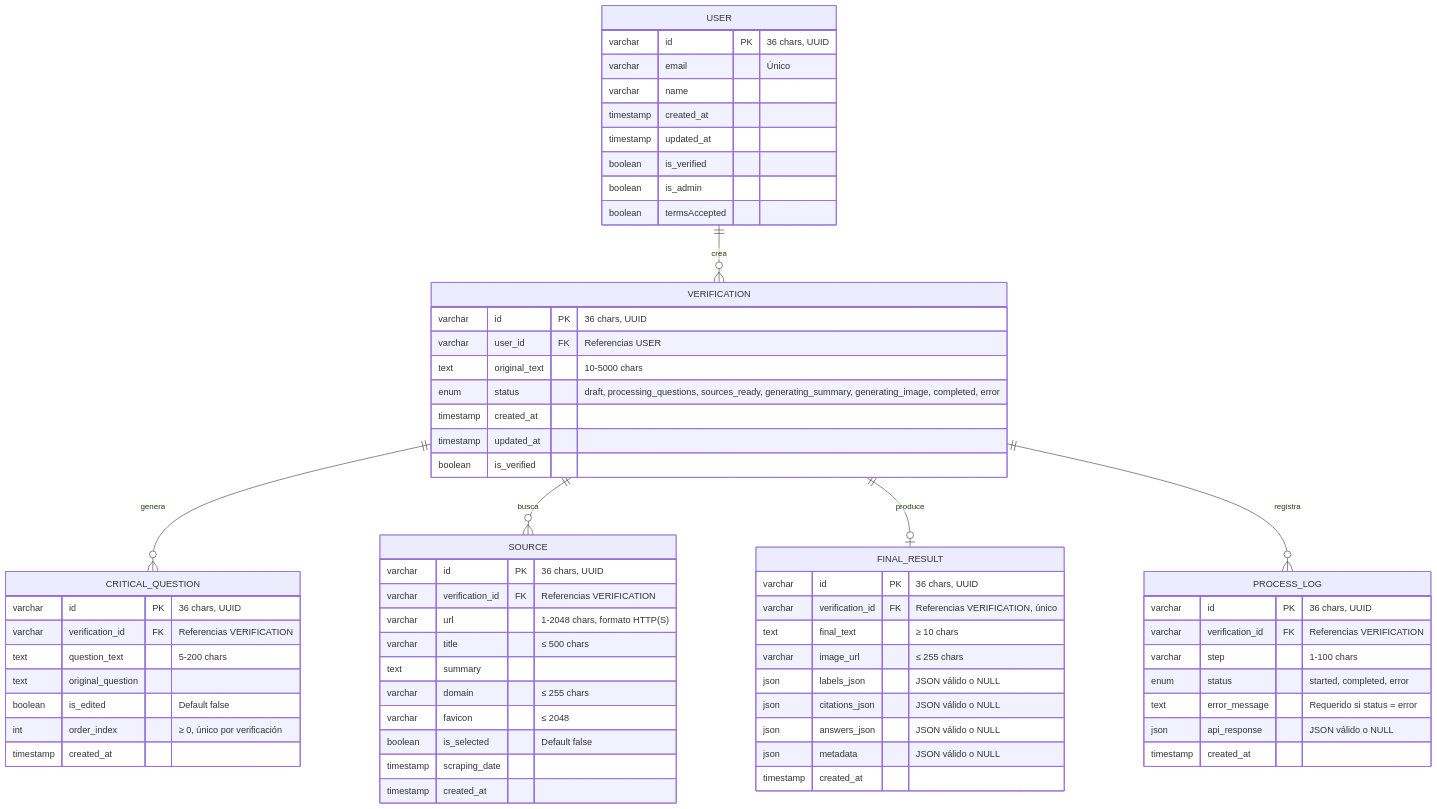
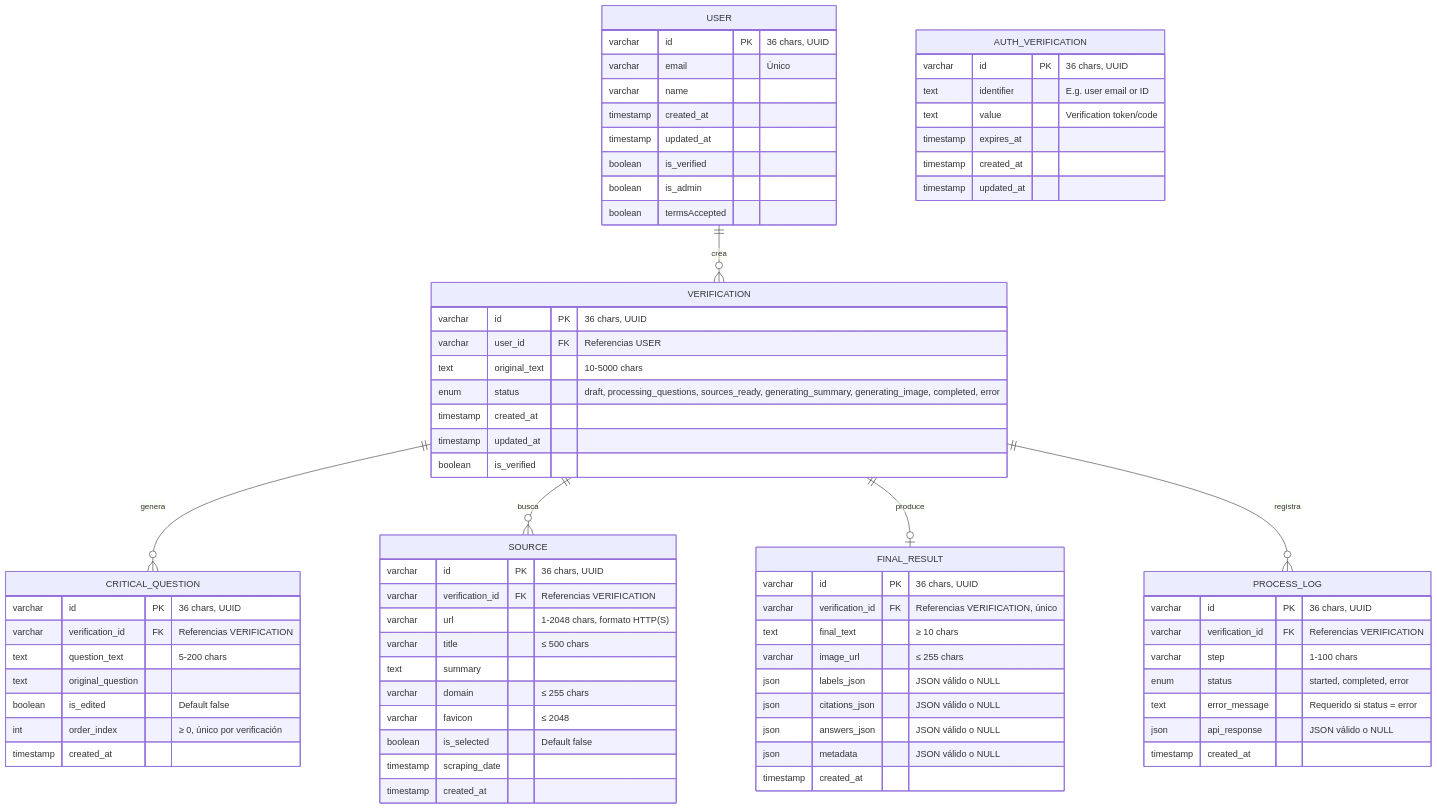
The third of 4 diagrams in docs/DATABASE.md (checkeapp-group/CheckeApp), drawn with Mermaid before and after one commit. The commit also changed other lines of this file and 3 other files, not shown here.

Commit message:
feat: enhance documentation with comprehensive guides for setup, API, and database architecture

```diff
--- a/docs/DATABASE.md
+++ b/docs/DATABASE.md
@@ -255,6 +267,15 @@
     VERIFICATION ||--o{ SOURCE : "busca"
     VERIFICATION ||--o| FINAL_RESULT : "produce"
     VERIFICATION ||--o{ PROCESS_LOG : "registra"
+
+    AUTH_VERIFICATION {
+        varchar id PK "36 chars, UUID"
+        text identifier "E.g. user email or ID"
+        text value "Verification token/code"
+        timestamp expires_at
+        timestamp created_at
+        timestamp updated_at
+    }
 
     USER {
         varchar id PK "36 chars, UUID"
```
